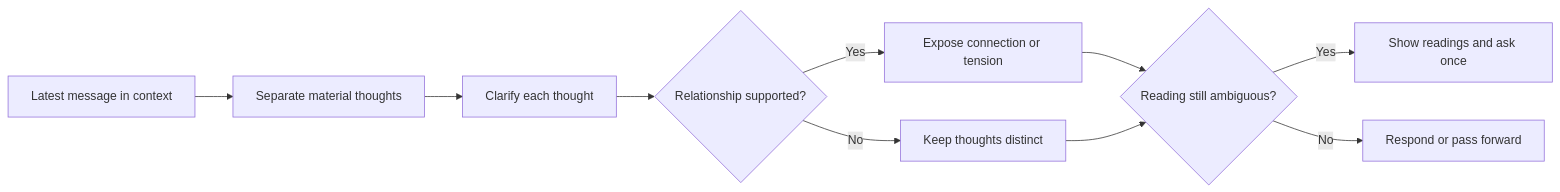
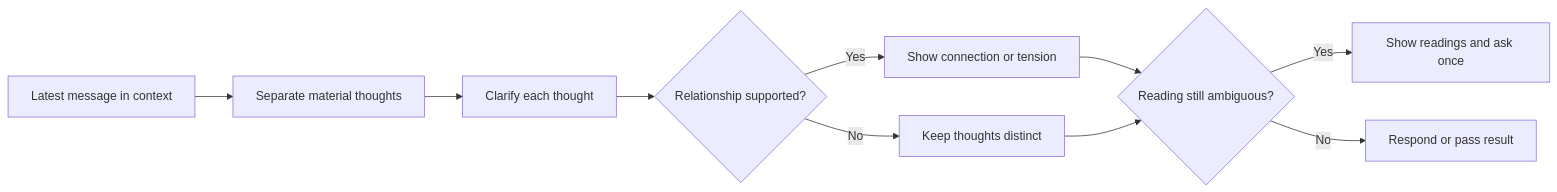
Before and after one commit to control-decks/think-it-through: the diagram in plugins/think-it-through/skills/think-distill/SKILL.md, drawn with Mermaid. The commit also changed other lines of this file and 18 other files, not shown here.

````diff
--- a/plugins/think-it-through/skills/think-distill/SKILL.md
+++ b/plugins/think-it-through/skills/think-distill/SKILL.md
@@ -20,12 +19,12 @@
 ```mermaid
 flowchart LR
     A["Latest message in context"] --> B["Separate material thoughts"]
     B --> C["Clarify each thought"]
     C --> D{"Relationship supported?"}
-    D -->|Yes| E["Expose connection or tension"]
+    D -->|Yes| E["Show connection or tension"]
     D -->|No| F["Keep thoughts distinct"]
     E --> G{"Reading still ambiguous?"}
     F --> G
     G -->|Yes| H["Show readings and ask once"]
-    G -->|No| I["Respond or pass forward"]
+    G -->|No| I["Respond or pass result"]
 ```
````
